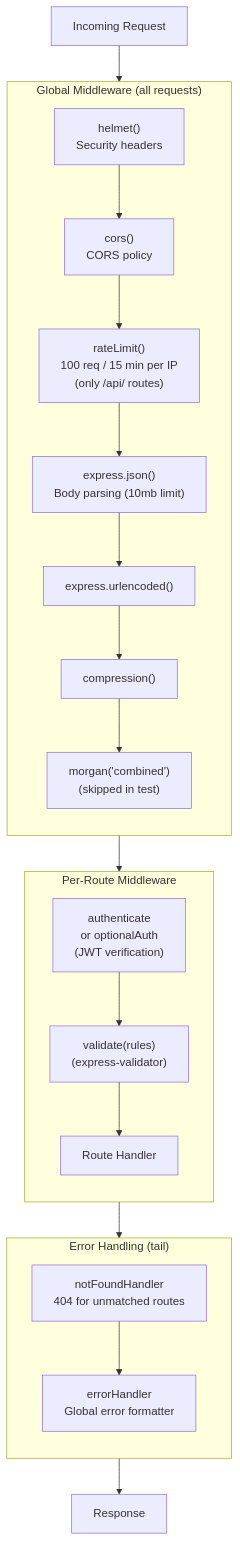
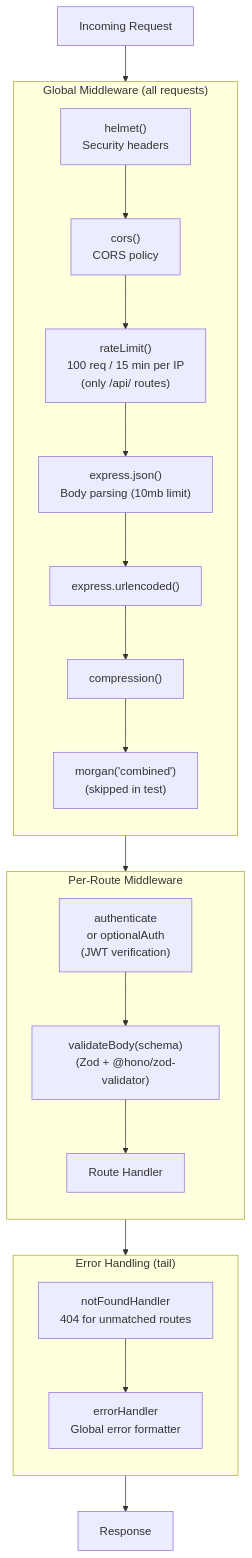
Before and after one commit to edmundtrinh/DYDYD: the first of 5 diagrams in docs/architecture/api-architecture.md, drawn with Mermaid. The commit also changed other lines of this file and 5 other files, not shown here.

````diff
--- a/docs/architecture/api-architecture.md
+++ b/docs/architecture/api-architecture.md
@@ -35,42 +35,42 @@
 ```mermaid
 flowchart TB
     REQ["Incoming Request"]
 
     subgraph GLOBAL["Global Middleware (all requests)"]
         direction TB
         HELMET["helmet()<br/>Security headers"]
         CORS["cors()<br/>CORS policy"]
         RATE["rateLimit()<br/>100 req / 15 min per IP<br/>(only /api/ routes)"]
         JSON["express.json()<br/>Body parsing (10mb limit)"]
         URL["express.urlencoded()"]
         COMPRESS["compression()"]
         MORGAN["morgan('combined')<br/>(skipped in test)"]
     end
 
     subgraph ROUTE["Per-Route Middleware"]
         direction TB
         AUTH_MW["authenticate<br/>or optionalAuth<br/>(JWT verification)"]
-        VALIDATE["validate(rules)<br/>(express-validator)"]
+        VALIDATE["validateBody(schema)<br/>(Zod + @hono/zod-validator)"]
         HANDLER["Route Handler"]
     end
 
     subgraph ERROR["Error Handling (tail)"]
         direction TB
         NOT_FOUND["notFoundHandler<br/>404 for unmatched routes"]
         ERR_HANDLER["errorHandler<br/>Global error formatter"]
     end
 
     REQ --> HELMET
     HELMET --> CORS
     CORS --> RATE
     RATE --> JSON
     JSON --> URL
     URL --> COMPRESS
     COMPRESS --> MORGAN
     MORGAN --> AUTH_MW
     AUTH_MW --> VALIDATE
     VALIDATE --> HANDLER
     HANDLER --> NOT_FOUND
     NOT_FOUND --> ERR_HANDLER
     ERR_HANDLER --> RES["Response"]
 ```
````
